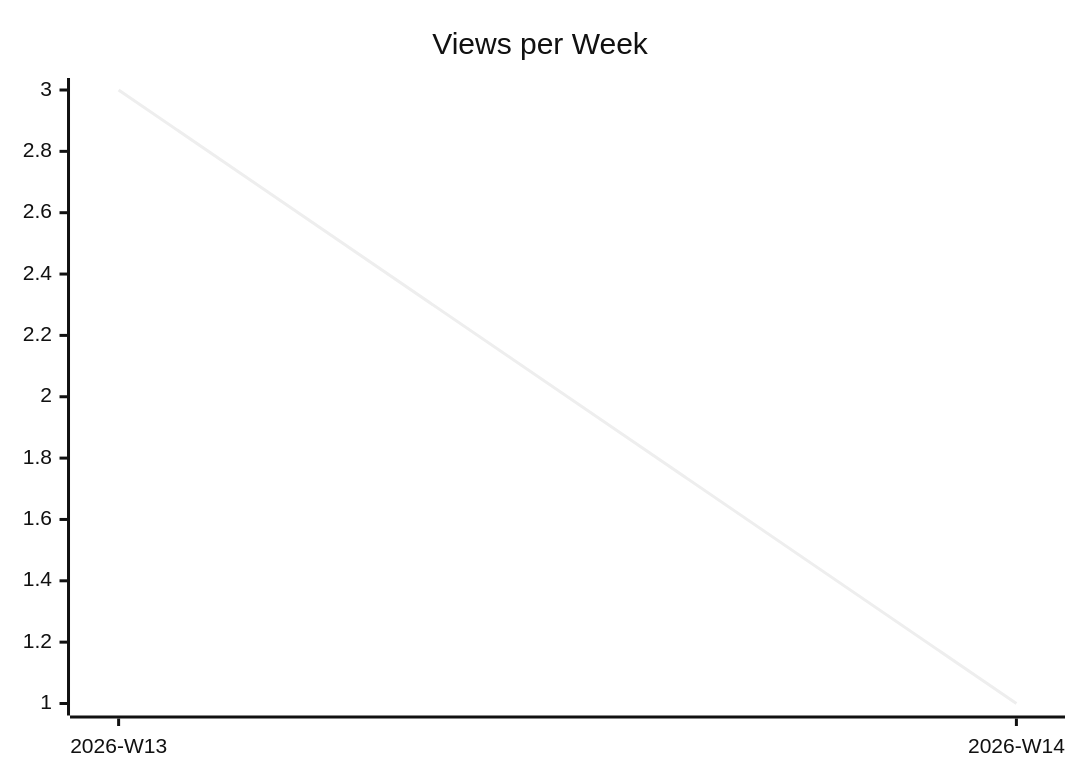
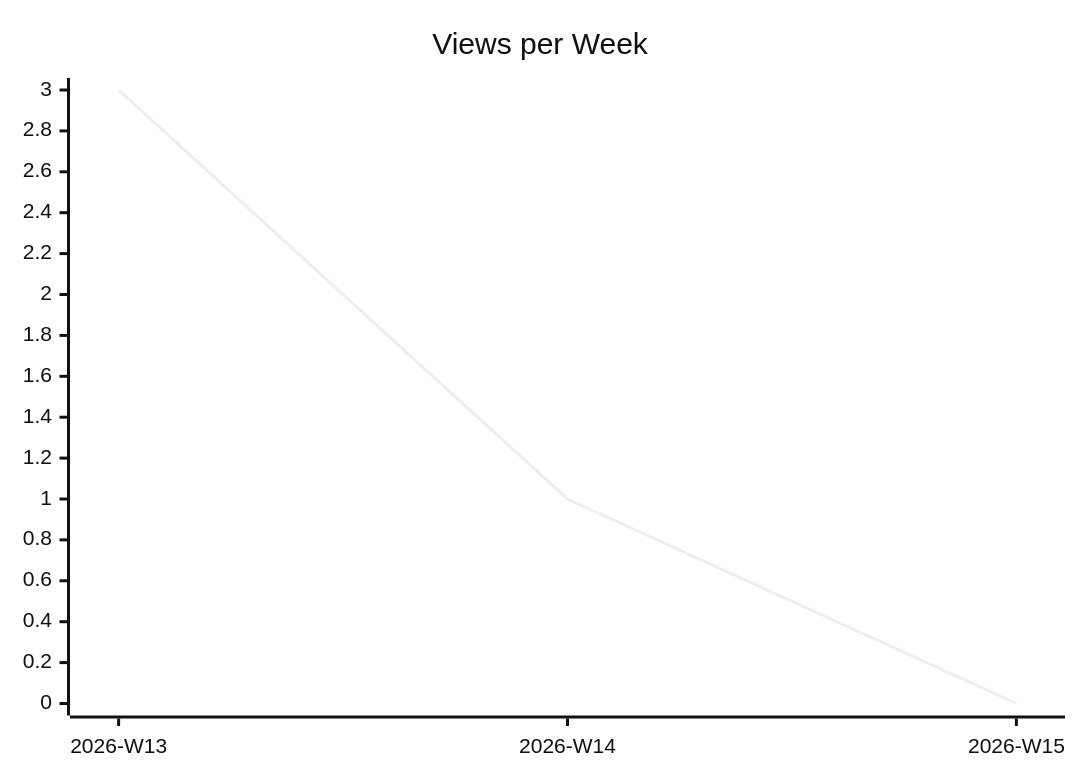
One commit to justdavis-family/github-analytics-data changed the second of 3 diagrams in karlmdavis/rps-tourney/README.md. Above: the diagram before and after it, drawn with Mermaid (neutral theme). The commit also changed other lines of this file and 190 other files, not shown here.

````diff
--- a/karlmdavis/rps-tourney/README.md
+++ b/karlmdavis/rps-tourney/README.md
@@ -12,6 +12,6 @@
 ```mermaid
 xychart-beta
   title "Views per Week"
-  x-axis ["2026-W13", "2026-W14"]
-  line [3, 1]
+  x-axis ["2026-W13", "2026-W14", "2026-W15"]
+  line [3, 1, 0]
 ```
````
